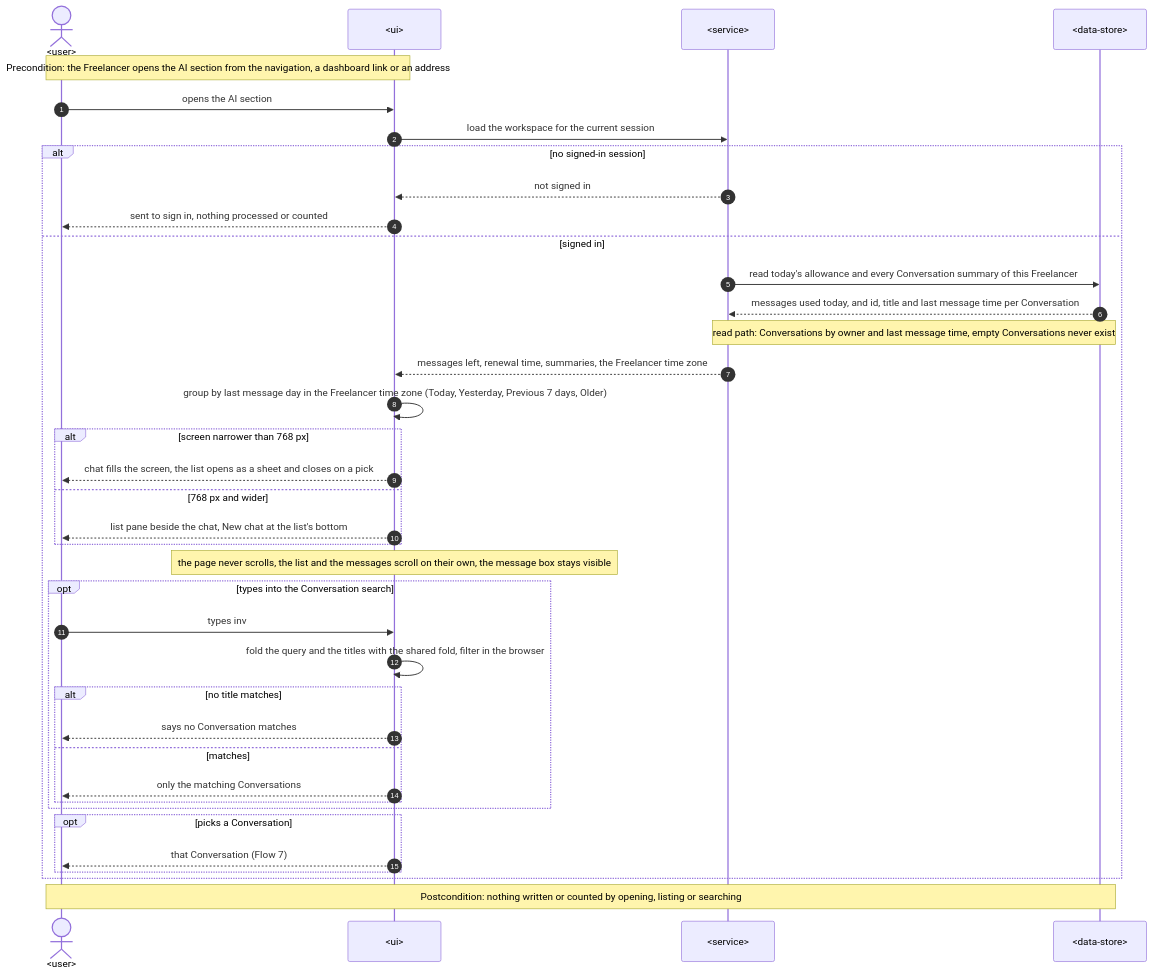
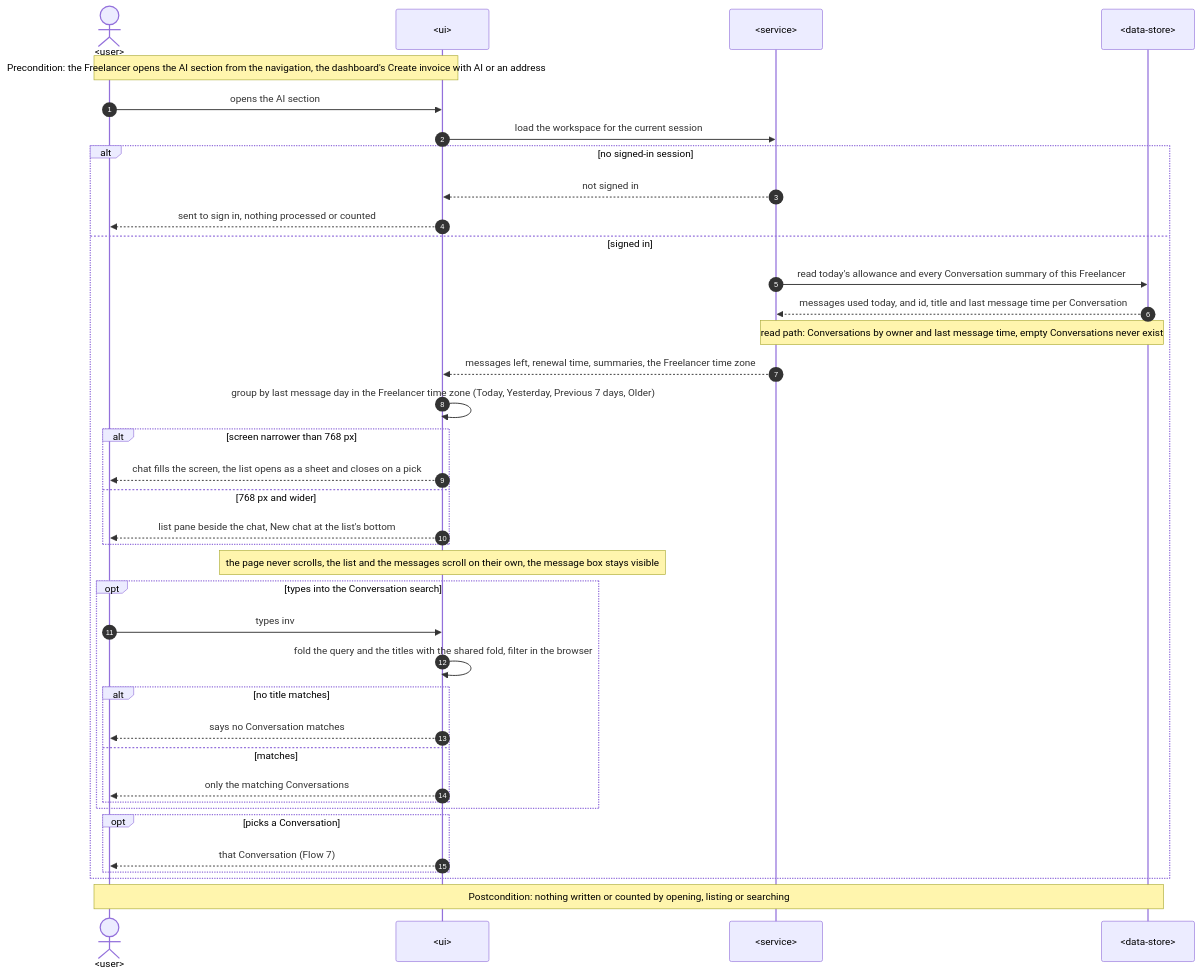
One commit to GopkoDev/invoiceForge changed the eighth of 13 diagrams in docs/features/ai-chat-v2/sad.md. Above: the diagram before and after it, drawn with Mermaid. The commit also changed other lines of this file and 14 other files, not shown here.

````diff
--- a/docs/features/ai-chat-v2/sad.md
+++ b/docs/features/ai-chat-v2/sad.md
@@ -639,41 +570,41 @@
 ```mermaid
 sequenceDiagram
     autonumber
     actor U as <user>
     participant UI as <ui>
     participant S as <service>
     participant D as <data-store>
 
-    Note over U,UI: Precondition: the Freelancer opens the AI section from the navigation, a dashboard link or an address
+    Note over U,UI: Precondition: the Freelancer opens the AI section from the navigation, the dashboard's Create invoice with AI or an address
     U->>UI: opens the AI section
     UI->>S: load the workspace for the current session
     alt no signed-in session
         S-->>UI: not signed in
         UI-->>U: sent to sign in, nothing processed or counted
     else signed in
         S->>D: read today's allowance and every Conversation summary of this Freelancer
         D-->>S: messages used today, and id, title and last message time per Conversation
         Note over S,D: read path: Conversations by owner and last message time, empty Conversations never exist
         S-->>UI: messages left, renewal time, summaries, the Freelancer time zone
         UI->>UI: group by last message day in the Freelancer time zone (Today, Yesterday, Previous 7 days, Older)
         alt screen narrower than 768 px
             UI-->>U: chat fills the screen, the list opens as a sheet and closes on a pick
         else 768 px and wider
             UI-->>U: list pane beside the chat, New chat at the list's bottom
         end
         Note over UI: the page never scrolls, the list and the messages scroll on their own, the message box stays visible
         opt types into the Conversation search
             U->>UI: types inv
             UI->>UI: fold the query and the titles with the shared fold, filter in the browser
             alt no title matches
                 UI-->>U: says no Conversation matches
             else matches
                 UI-->>U: only the matching Conversations
             end
         end
         opt picks a Conversation
             UI-->>U: that Conversation (Flow 7)
         end
     end
     Note over U,D: Postcondition: nothing written or counted by opening, listing or searching
 ```
````
